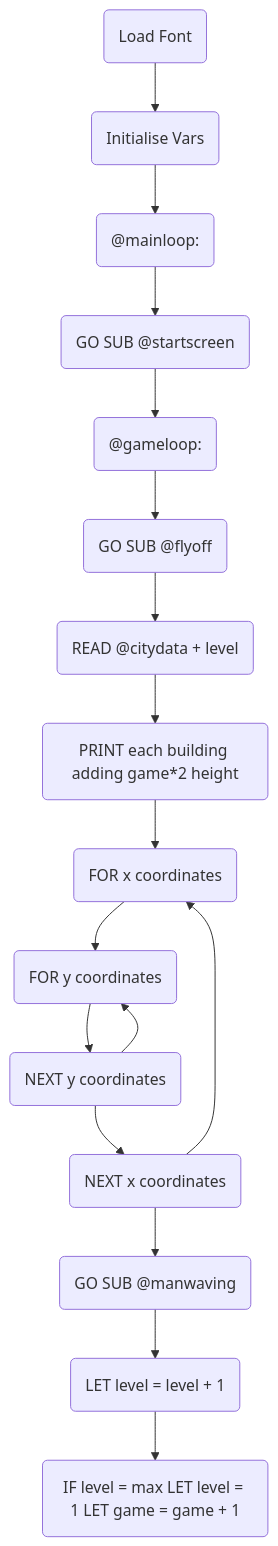
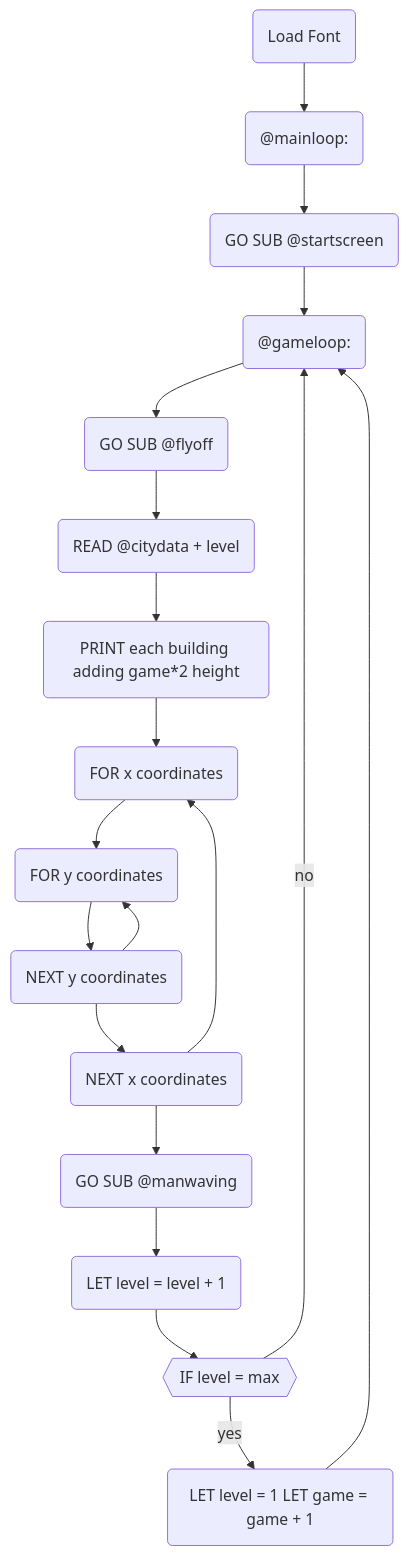
One commit to eigengrouse/eigengrouse changed the diagram in src/pages/eigenblitz.mdx. Above: the diagram before and after it, drawn with Mermaid.

Commit message:
progress

````diff
--- a/src/pages/eigenblitz.mdx
+++ b/src/pages/eigenblitz.mdx
@@ -52,37 +52,39 @@
 ```mermaid
 flowchart TD
     load_font("Load Font")
-    init_vars("Initialise Vars")
     mainloop("@mainloop:")
     gosub_startscreen("GO SUB @startscreen")
     gameloop("@gameloop:")
     gosub_flyoff("GO SUB @flyoff")
     load_citydata("READ @citydata + level")
     print_city("PRINT each building adding game*2 height")
     for_x_coordinates("FOR x coordinates")
     for_y_coordinates("FOR y coordinates")
 
     next_y_coordinates("NEXT y coordinates")
     next_x_coordinates("NEXT x coordinates")
     gosub_manwaving("GO SUB @manwaving")
     level_up("LET level = level + 1")
-    game_up("IF level = max LET level = 1 LET game = game + 1")
+    q_max_level{{"IF level = max"}}
+    game_up("LET level = 1 LET game = game + 1")
 
-    load_font --> init_vars
-    init_vars --> mainloop
+    load_font --> mainloop
     mainloop --> gosub_startscreen
     gosub_startscreen --> gameloop
     gameloop --> gosub_flyoff
     gosub_flyoff --> load_citydata
     load_citydata --> print_city
     print_city --> for_x_coordinates
     for_x_coordinates --> for_y_coordinates
     for_y_coordinates --> next_y_coordinates
     next_y_coordinates --> next_x_coordinates
     next_y_coordinates --> for_y_coordinates
     next_x_coordinates --> for_x_coordinates
     next_x_coordinates --> gosub_manwaving
     gosub_manwaving --> level_up
-    level_up --> game_up
+    level_up --> q_max_level
+    q_max_level -- yes --> game_up
+    q_max_level -- no --> gameloop
+    game_up --> gameloop
 
 ```
````
